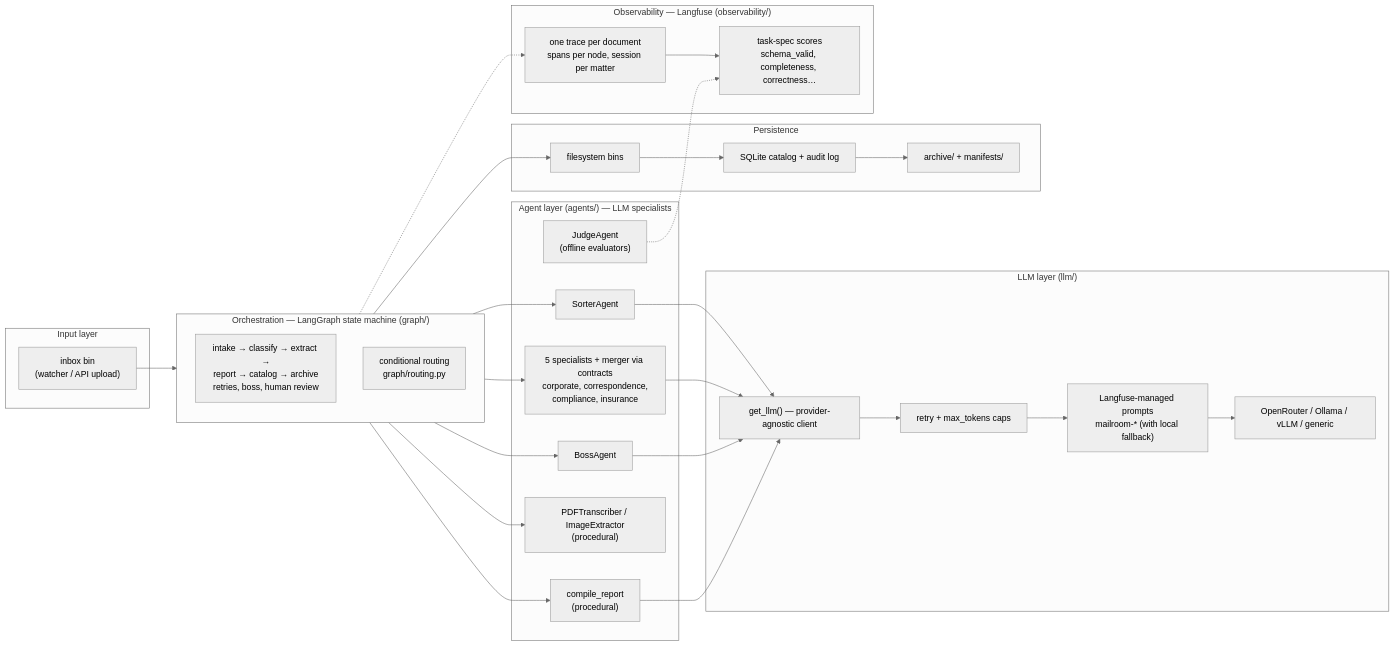
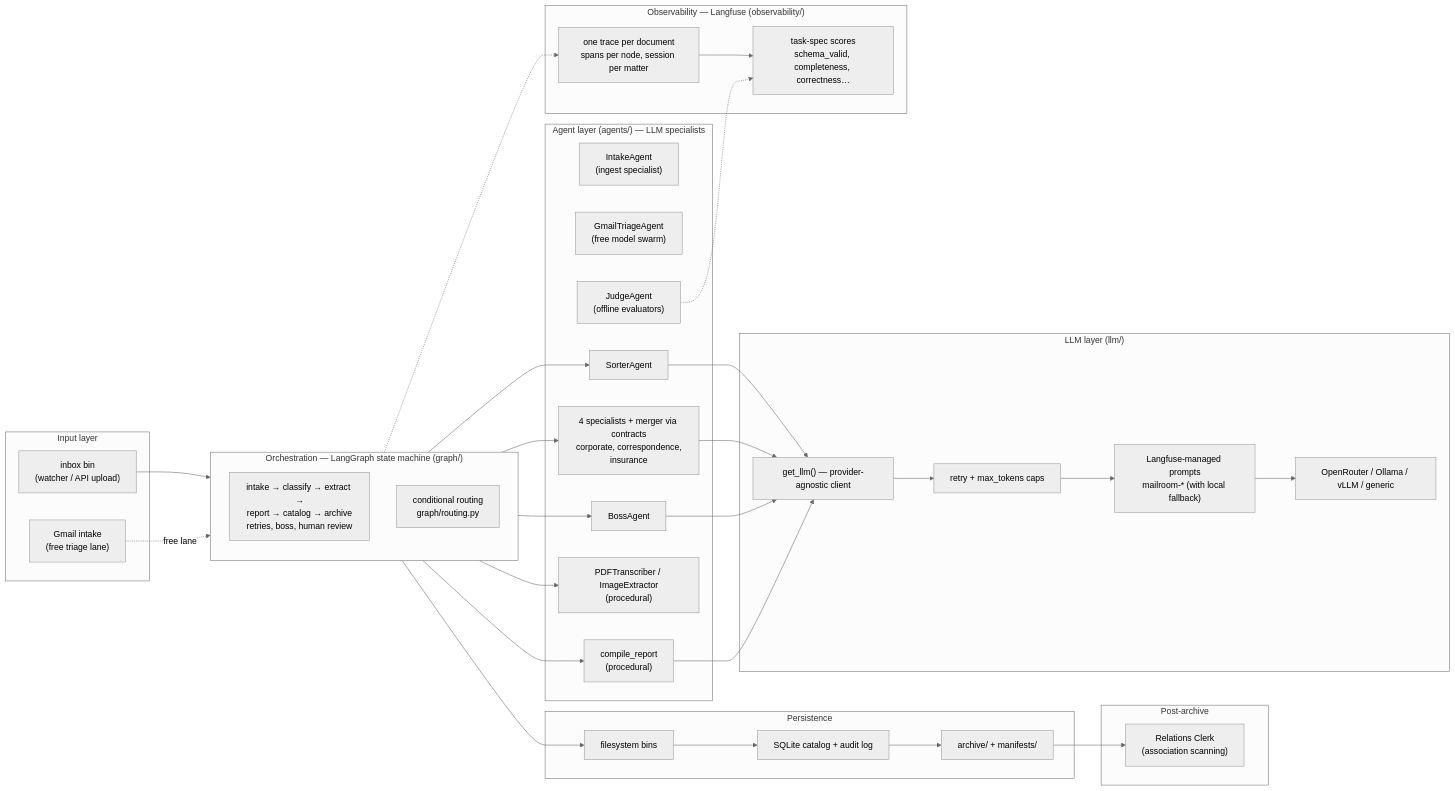
Before and after one commit to Exios66/llm-mailroom: the second of 2 diagrams in docs/architecture.md, drawn with Mermaid (neutral theme). The commit also changed other lines of this file and 4 other files, not shown here.

````diff
--- a/docs/architecture.md
+++ b/docs/architecture.md
@@ -71,48 +75,57 @@
 ```mermaid
 flowchart LR
     subgraph IN["Input layer"]
         INBOX["inbox bin<br/>(watcher / API upload)"]
+        GMAIL_INBOX["Gmail intake<br/>(free triage lane)"]
     end
 
     subgraph ORCH["Orchestration — LangGraph state machine (graph/)"]
         direction TB
         NODES["intake → classify → extract →<br/>report → catalog → archive<br/>retries, boss, human review"]
         ROUTING["conditional routing<br/>graph/routing.py"]
     end
 
     subgraph AGENTS["Agent layer (agents/) — LLM specialists"]
+        INTAKE["IntakeAgent<br/>(ingest specialist)"]
+        GMAIL_AGENT["GmailTriageAgent<br/>(free model swarm)"]
         SORTER["SorterAgent"]
-        SPEC["5 specialists + merger via contracts<br/>corporate, correspondence,<br/>compliance, insurance"]
+        SPEC["4 specialists + merger via contracts<br/>corporate, correspondence,<br/>insurance"]
         BOSS["BossAgent"]
         REPORTER["compile_report<br/>(procedural)"]
         PDF["PDFTranscriber / ImageExtractor<br/>(procedural)"]
         JUDGE["JudgeAgent<br/>(offline evaluators)"]
+    end
+
+    subgraph POST["Post-archive"]
+        RELATIONS["Relations Clerk<br/>(association scanning)"]
     end
 
     subgraph LLM["LLM layer (llm/)"]
         CLI["get_llm() — provider-agnostic client"]
         RETRY["retry + max_tokens caps"]
         PROMPTS["Langfuse-managed prompts<br/>mailroom-* (with local fallback)"]
         P["OpenRouter / Ollama / vLLM / generic"]
     end
 
     subgraph PERSIST["Persistence"]
         BINS["filesystem bins"]
         SQLITE["SQLite catalog + audit log"]
         ARCHIVE2["archive/ + manifests/"]
     end
 
     subgraph OBS["Observability — Langfuse (observability/)"]
         TRACES["one trace per document<br/>spans per node, session per matter"]
         SCORES["task-spec scores<br/>schema_valid, completeness, correctness…"]
     end
 
     INBOX --> NODES
+    GMAIL_INBOX -.->|free lane| NODES
     NODES --> SORTER & SPEC & BOSS & REPORTER & PDF
     SORTER & SPEC & BOSS & REPORTER --> CLI
     CLI --> RETRY --> PROMPTS --> P
     NODES --> BINS --> SQLITE --> ARCHIVE2
+    ARCHIVE2 --> RELATIONS
     NODES -.-> TRACES
     TRACES --> SCORES
     JUDGE -.-> SCORES
 ```
````
